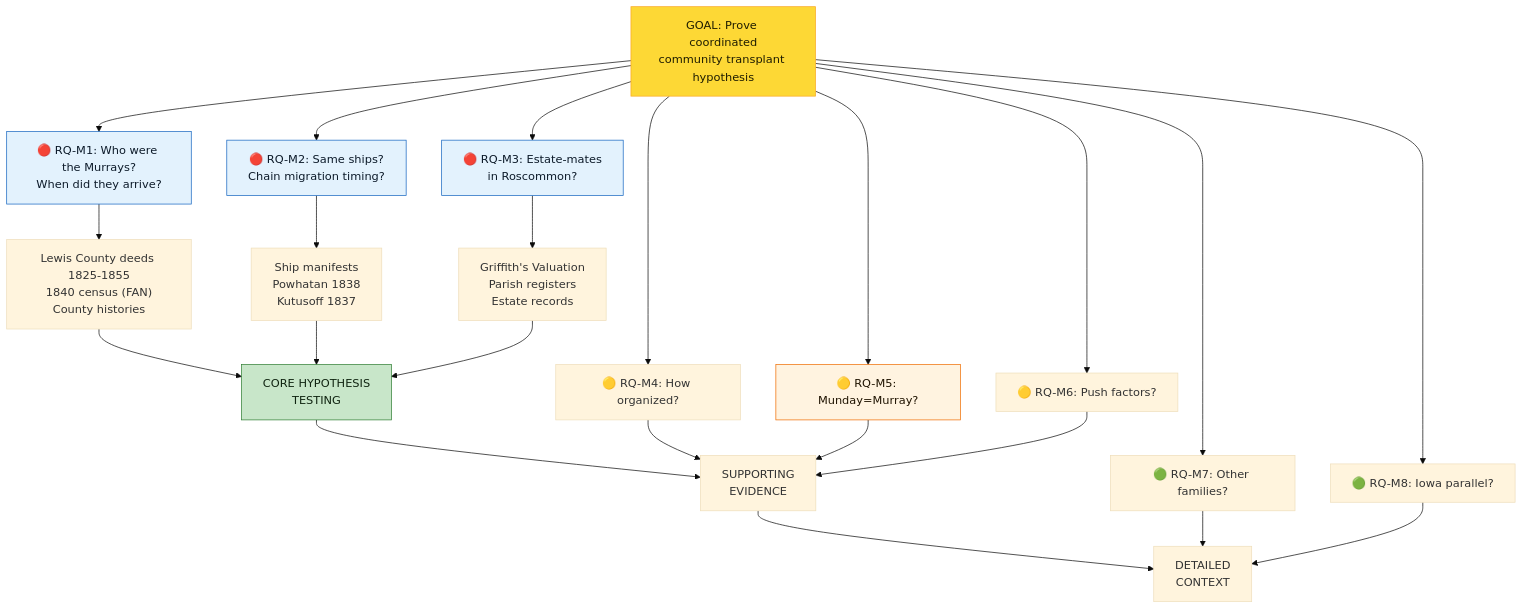
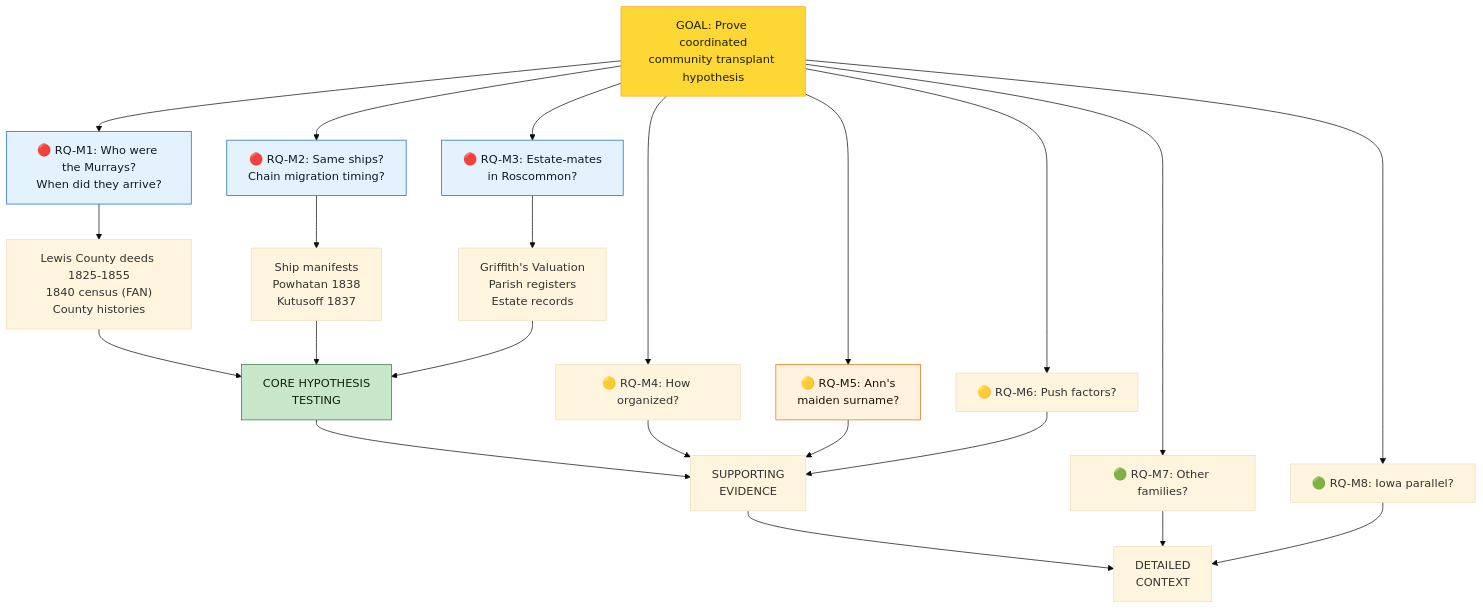
One commit to zcopley/copley-family-research changed the fourth of 4 diagrams in Topics/Murray Settlement.md. Above: the diagram before and after it, drawn with Mermaid (base theme). The commit also changed other lines of this file and 21 other files, not shown here.

````diff
--- a/Topics/Murray Settlement.md
+++ b/Topics/Murray Settlement.md
@@ -559,39 +559,39 @@
 ```mermaid
 graph TD
     GOAL["GOAL: Prove coordinated<br/>community transplant hypothesis"]
     
     GOAL --> RQ1["🔴 RQ-M1: Who were the Murrays?<br/>When did they arrive?"]
     GOAL --> RQ2["🔴 RQ-M2: Same ships?<br/>Chain migration timing?"]
     GOAL --> RQ3["🔴 RQ-M3: Estate-mates<br/>in Roscommon?"]
     
     RQ1 --> DATA1["Lewis County deeds 1825-1855<br/>1840 census (FAN)<br/>County histories"]
     RQ2 --> DATA2["Ship manifests<br/>Powhatan 1838<br/>Kutusoff 1837"]
     RQ3 --> DATA3["Griffith's Valuation<br/>Parish registers<br/>Estate records"]
     
     DATA1 --> CORE["CORE HYPOTHESIS<br/>TESTING"]
     DATA2 --> CORE
     DATA3 --> CORE
     
     GOAL --> RQ4["🟡 RQ-M4: How organized?"]
-    GOAL --> RQ5["🟡 RQ-M5: Munday=Murray?"]
+    GOAL --> RQ5["🟡 RQ-M5: Ann's<br/>maiden surname?"]
     GOAL --> RQ6["🟡 RQ-M6: Push factors?"]
     
     CORE --> SUPPORT["SUPPORTING<br/>EVIDENCE"]
     RQ4 --> SUPPORT
     RQ5 --> SUPPORT
     RQ6 --> SUPPORT
     
     GOAL --> RQ7["🟢 RQ-M7: Other families?"]
     GOAL --> RQ8["🟢 RQ-M8: Iowa parallel?"]
     
     SUPPORT --> DETAIL["DETAILED<br/>CONTEXT"]
     RQ7 --> DETAIL
     RQ8 --> DETAIL
     
     style GOAL fill:#fdd835,stroke:#f9a825,color:#1f1d00
     style RQ1 fill:#e3f2fd,stroke:#1565c0,color:#0d1b2a
     style RQ2 fill:#e3f2fd,stroke:#1565c0,color:#0d1b2a
     style RQ3 fill:#e3f2fd,stroke:#1565c0,color:#0d1b2a
     style RQ5 fill:#fff3e0,stroke:#ef6c00,color:#1f1300
     style CORE fill:#c8e6c9,stroke:#2e7d32,color:#102411
 ```
````
